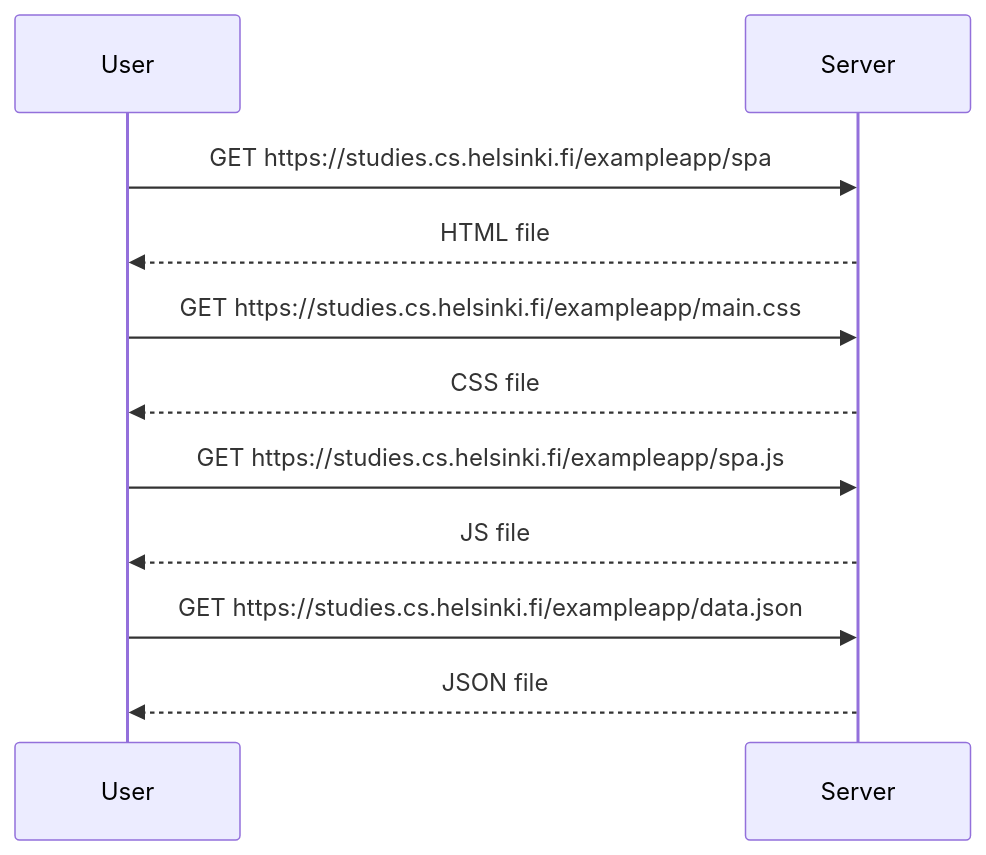
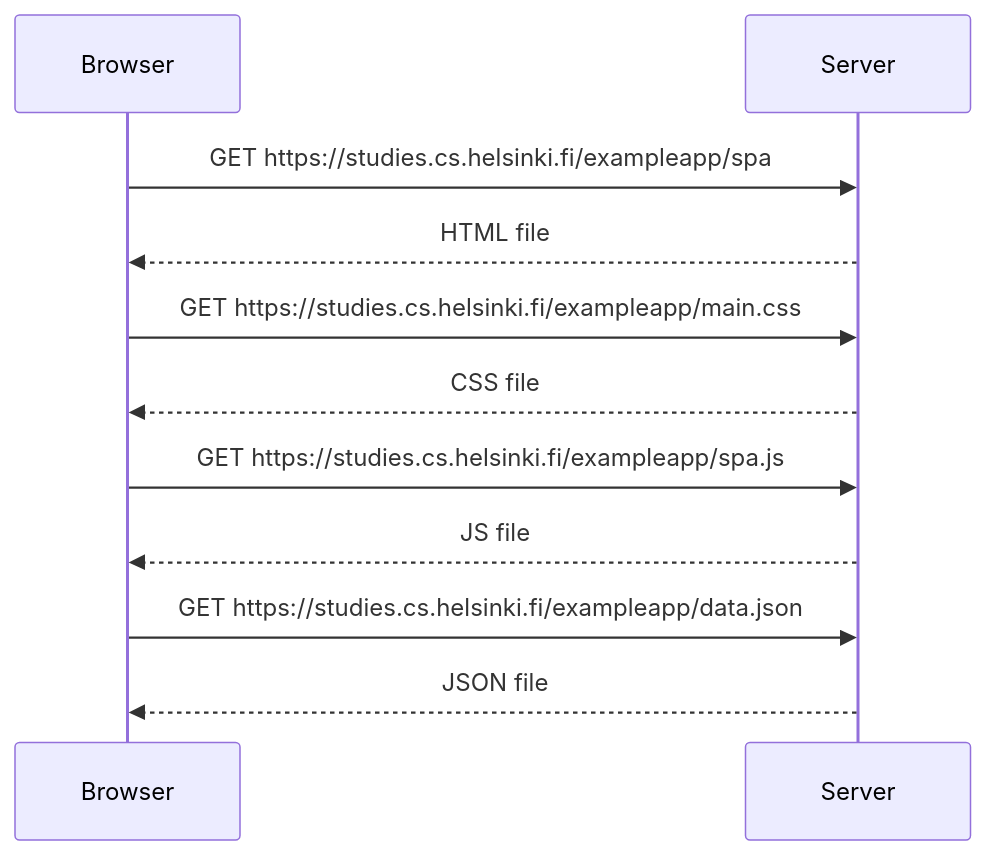
One commit to Marwinez/FullStackOpenCourse changed the diagram in 0.5_single_page_app_diagram.md. Above: the diagram before and after it, drawn with Mermaid. The commit also changed 1 other file, not shown here.

Commit message:
Changed User to Browser in all diagrams

````diff
--- a/0.5_single_page_app_diagram.md
+++ b/0.5_single_page_app_diagram.md
@@ -1,16 +1,16 @@
 ```mermaid
 
 sequenceDiagram
-participant User
+participant Browser
 participant Server
 
-User->>Server: GET https://studies.cs.helsinki.fi/exampleapp/spa
-Server-->>User: HTML file
-User->>Server: GET https://studies.cs.helsinki.fi/exampleapp/main.css
-Server-->>User: CSS file
-User->>Server: GET https://studies.cs.helsinki.fi/exampleapp/spa.js
-Server-->>User: JS file
-User->>Server: GET https://studies.cs.helsinki.fi/exampleapp/data.json
-Server-->>User: JSON file
+Browser->>Server: GET https://studies.cs.helsinki.fi/exampleapp/spa
+Server-->>Browser: HTML file
+Browser->>Server: GET https://studies.cs.helsinki.fi/exampleapp/main.css
+Server-->>Browser: CSS file
+Browser->>Server: GET https://studies.cs.helsinki.fi/exampleapp/spa.js
+Server-->>Browser: JS file
+Browser->>Server: GET https://studies.cs.helsinki.fi/exampleapp/data.json
+Server-->>Browser: JSON file
 
 ```
````
